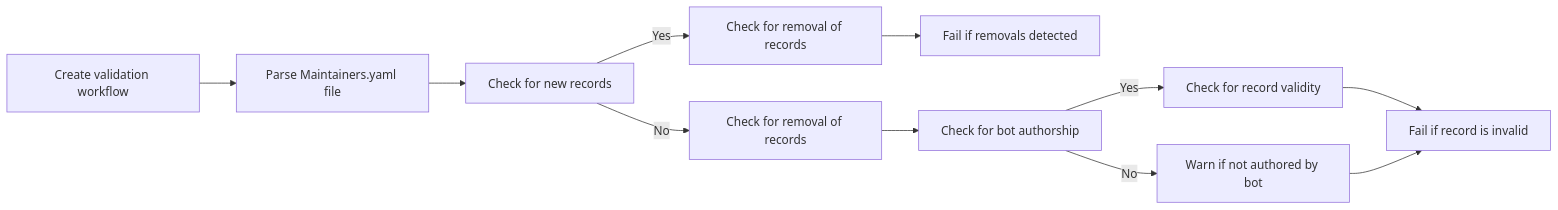
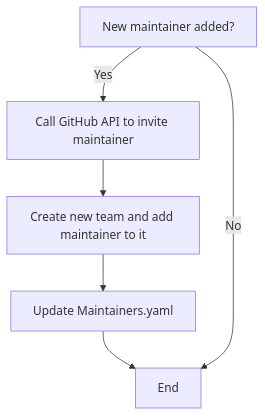
Before and after one commit to 14Richa/testRepo: the seventh of 12 diagrams in scripts/README.md, drawn with Mermaid. The commit also changed other lines of this file, not shown here.

````diff
--- a/scripts/README.md
+++ b/scripts/README.md
@@ -56,13 +94,8 @@
 ```mermaid
-graph LR;
-    A[Create validation workflow] --> B[Parse Maintainers.yaml file];
-    B --> C[Check for new records];
-    C -- Yes --> D[Check for removal of records];
-    C -- No --> E[Check for removal of records];
-    D --> F[Fail if removals detected];
-    E --> G[Check for bot authorship];
-    G -- Yes --> H[Check for record validity];
-    G -- No --> I[Warn if not authored by bot];
-    H --> J[Fail if record is invalid];
-    I --> J;
+graph TD;
+A[New maintainer added?] --> |Yes| B[Call GitHub API to invite maintainer];
+B --> C[Create new team and add maintainer to it];
+C --> D[Update Maintainers.yaml];
+D --> E[End];
+A --> |No| E[End];
 ```
````
